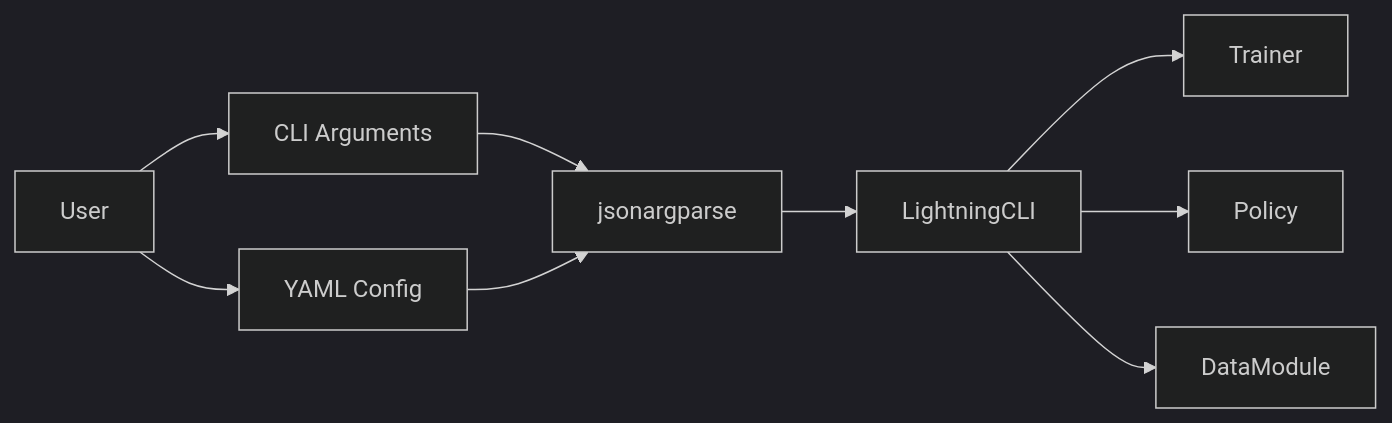
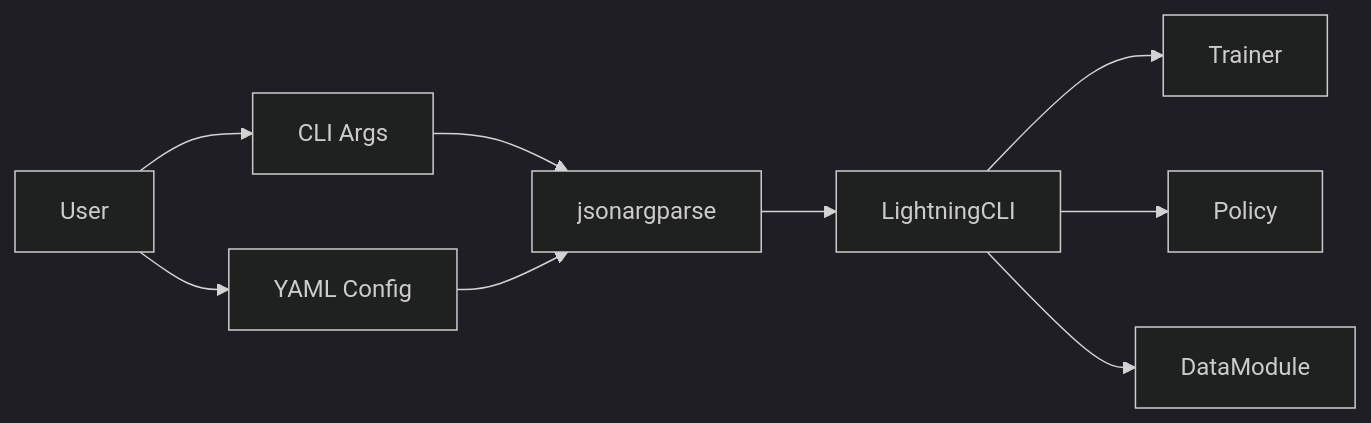
The diagram in library/docs/design/cli/overview.md (open-edge-platform/physical-ai-studio), drawn with Mermaid (dark theme) before and after one commit. The commit also changed other lines of this file and 15 other files, not shown here.

````diff
--- a/library/docs/design/cli/overview.md
+++ b/library/docs/design/cli/overview.md
@@ -49,11 +27,11 @@
 ```mermaid
 graph LR
-    A[User] --> B[CLI Arguments]
+    A[User] --> B[CLI Args]
     A --> C[YAML Config]
     B --> D[jsonargparse]
     C --> D
     D --> E[LightningCLI]
     E --> F[Trainer]
     E --> G[Policy]
     E --> H[DataModule]
 ```
````
